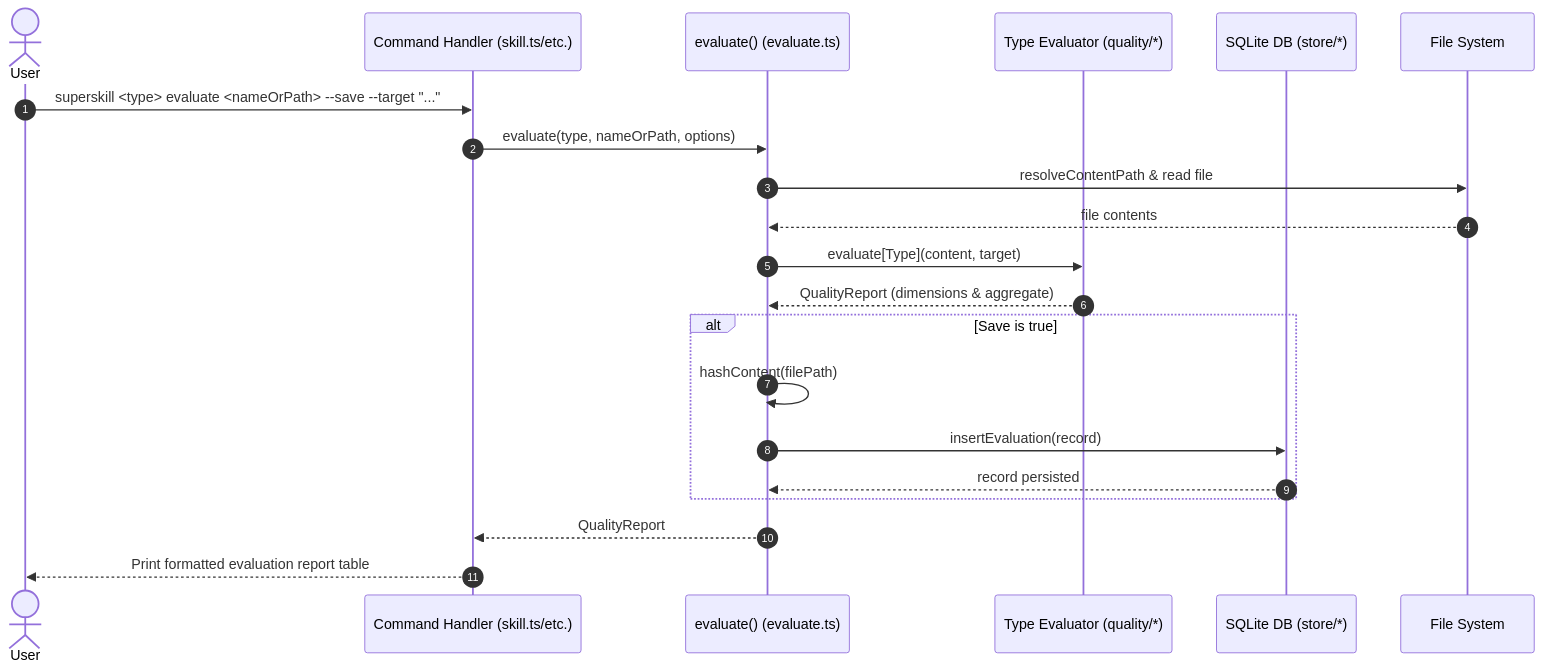
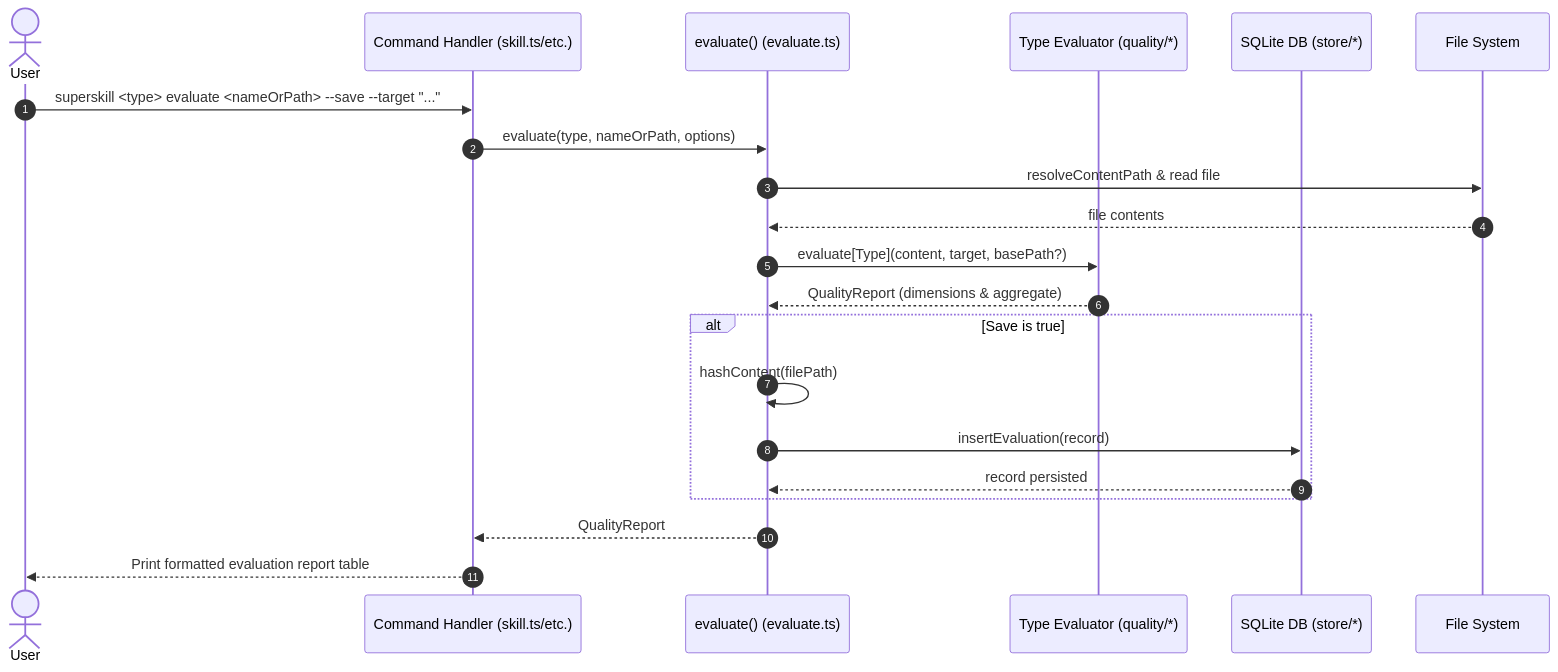
One commit to gobing-ai/superskill changed the sixth of 8 diagrams in docs/03_ARCHITECTURE.md. Above: the diagram before and after it, drawn with Mermaid. The commit also changed other lines of this file and 19 other files, not shown here.

````diff
--- a/docs/03_ARCHITECTURE.md
+++ b/docs/03_ARCHITECTURE.md
@@ -484,24 +486,24 @@
 ```mermaid
 sequenceDiagram
     autonumber
     actor User
     participant CLI as Command Handler (skill.ts/etc.)
     participant Evaluate as evaluate() (evaluate.ts)
     participant Evaluator as Type Evaluator (quality/*)
     participant DB as SQLite DB (store/*)
     participant FS as File System
 
     User->>CLI: superskill <type> evaluate <nameOrPath> --save --target "..."
     CLI->>Evaluate: evaluate(type, nameOrPath, options)
     Evaluate->>FS: resolveContentPath & read file
     FS-->>Evaluate: file contents
-    Evaluate->>Evaluator: evaluate[Type](content, target)
+    Evaluate->>Evaluator: evaluate[Type](content, target, basePath?)
     Evaluator-->>Evaluate: QualityReport (dimensions & aggregate)
     alt Save is true
         Evaluate->>Evaluate: hashContent(filePath)
         Evaluate->>DB: insertEvaluation(record)
         DB-->>Evaluate: record persisted
     end
     Evaluate-->>CLI: QualityReport
     CLI-->>User: Print formatted evaluation report table
 ```
````
